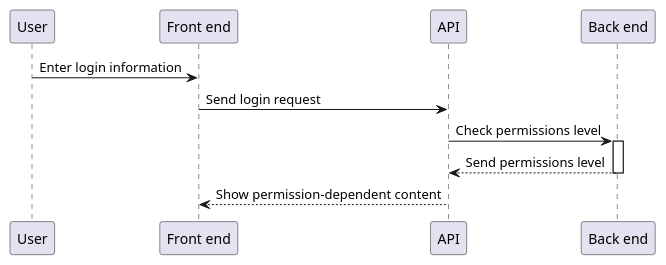
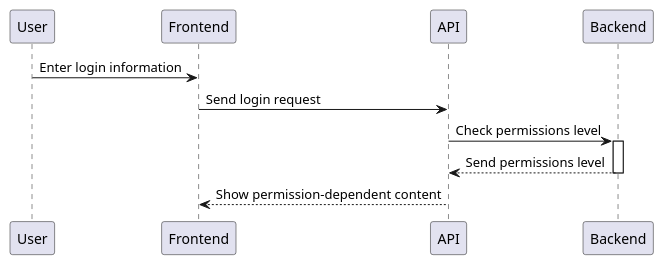
Before and after one commit to seedcase-project/seedcase-website: the diagram in design/images/runtime-login-sequence.puml, drawn with PlantUML. The commit also changed 2 other files, not shown here.

Commit message:
change frontend and backend to one word

```diff
--- a/design/images/runtime-login-sequence.puml
+++ b/design/images/runtime-login-sequence.puml
@@ -1,15 +1,15 @@
 @startuml runtime-login-sequence
 
 ' Login and authentication sequence of a registered user
 
 participant "User" as u
-participant "Front end" as f
+participant "Frontend" as f
 participant "API" as api
-participant "Back end" as db
+participant "Backend" as db
 
 u -> f --: Enter login information
 f -> api --: Send login request
 api -> db ++: Check permissions level
 db --> api --: Send permissions level
 api --> f --: Show permission-dependent content
 @enduml
```
